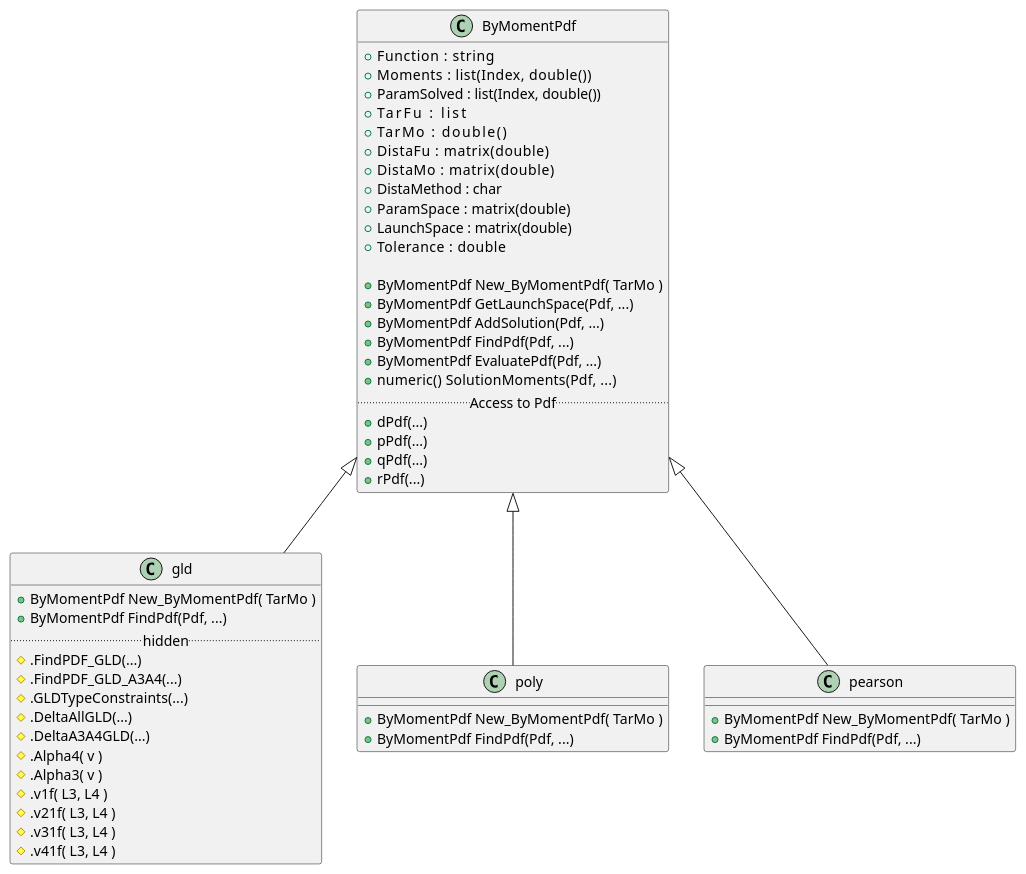
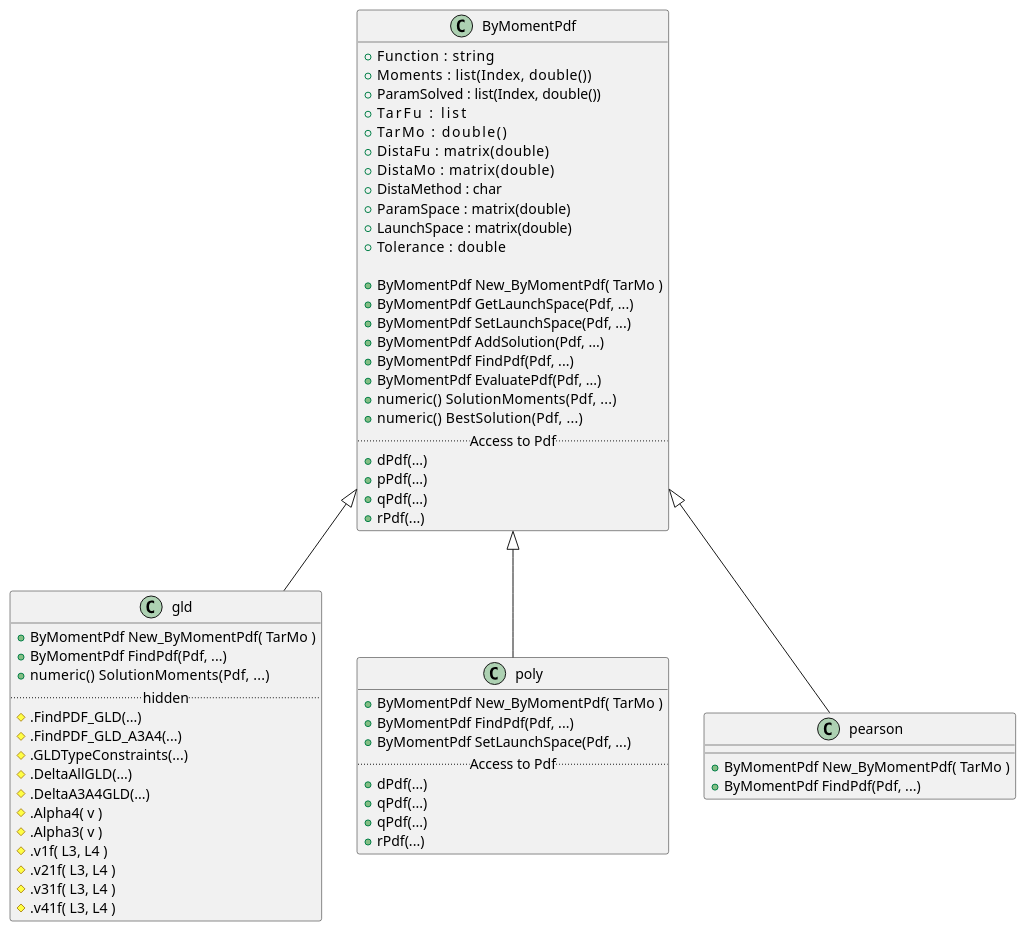
One commit to SigurdJanson/MomentProblem changed the diagram in uml/bymomentpdf.puml. Above: the diagram before and after it, drawn with PlantUML. The commit also changed 3 other files, not shown here.

```diff
--- a/uml/bymomentpdf.puml
+++ b/uml/bymomentpdf.puml
@@ -1,59 +1,68 @@
 @startuml
 class ByMomentPdf {
   +{field} Function    : string
   +{field} Moments     : list(Index, double())
   +{field} ParamSolved : list(Index, double())
   +{field} TarFu       : list
   +{field} TarMo       : double()
   +{field} DistaFu     : matrix(double)
   +{field} DistaMo     : matrix(double)
   +{field} DistaMethod : char
   +{field} ParamSpace  : matrix(double)
   +{field} LaunchSpace : matrix(double)
   +{field} Tolerance   : double
 
   +ByMomentPdf New_ByMomentPdf( TarMo )
   +ByMomentPdf GetLaunchSpace(Pdf, ...)
+  +ByMomentPdf SetLaunchSpace(Pdf, ...)
   +ByMomentPdf AddSolution(Pdf, ...)
   +ByMomentPdf FindPdf(Pdf, ...)
   +ByMomentPdf EvaluatePdf(Pdf, ...)
   +numeric()   SolutionMoments(Pdf, ...)
+  +numeric()   BestSolution(Pdf, ...)
   .. Access to Pdf ..
   +dPdf(...)
   +pPdf(...)
   +qPdf(...)
   +rPdf(...)
 }
 
 
 class gld {
   +ByMomentPdf New_ByMomentPdf( TarMo )
   +ByMomentPdf FindPdf(Pdf, ...)
+  +numeric()   SolutionMoments(Pdf, ...)
   .. hidden ..
   #.FindPDF_GLD(...)
   #.FindPDF_GLD_A3A4(...)
   #.GLDTypeConstraints(...)
   #.DeltaAllGLD(...)
   #.DeltaA3A4GLD(...)
   #.Alpha4( v )
   #.Alpha3( v )
   #.v1f( L3, L4 )
   #.v21f( L3, L4 )
   #.v31f( L3, L4 )
   #.v41f( L3, L4 )
 }
 
 class poly {
   +ByMomentPdf New_ByMomentPdf( TarMo )
   +ByMomentPdf FindPdf(Pdf, ...)
+  +ByMomentPdf SetLaunchSpace(Pdf, ...)
+  .. Access to Pdf ..
+  +dPdf(...)
+  +qPdf(...)
+  +qPdf(...)
+  +rPdf(...)
 }
 
 class pearson {
   +ByMomentPdf New_ByMomentPdf( TarMo )
   +ByMomentPdf FindPdf(Pdf, ...)
 }
 
   ByMomentPdf <|-- gld
   ByMomentPdf <|-- pearson
   ByMomentPdf <|-- poly
 @enduml
```
